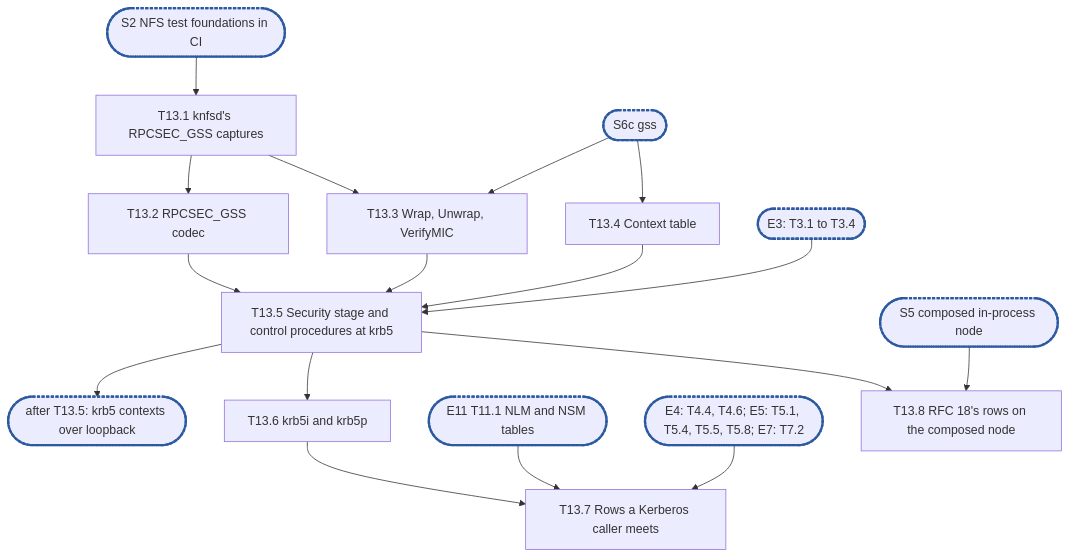
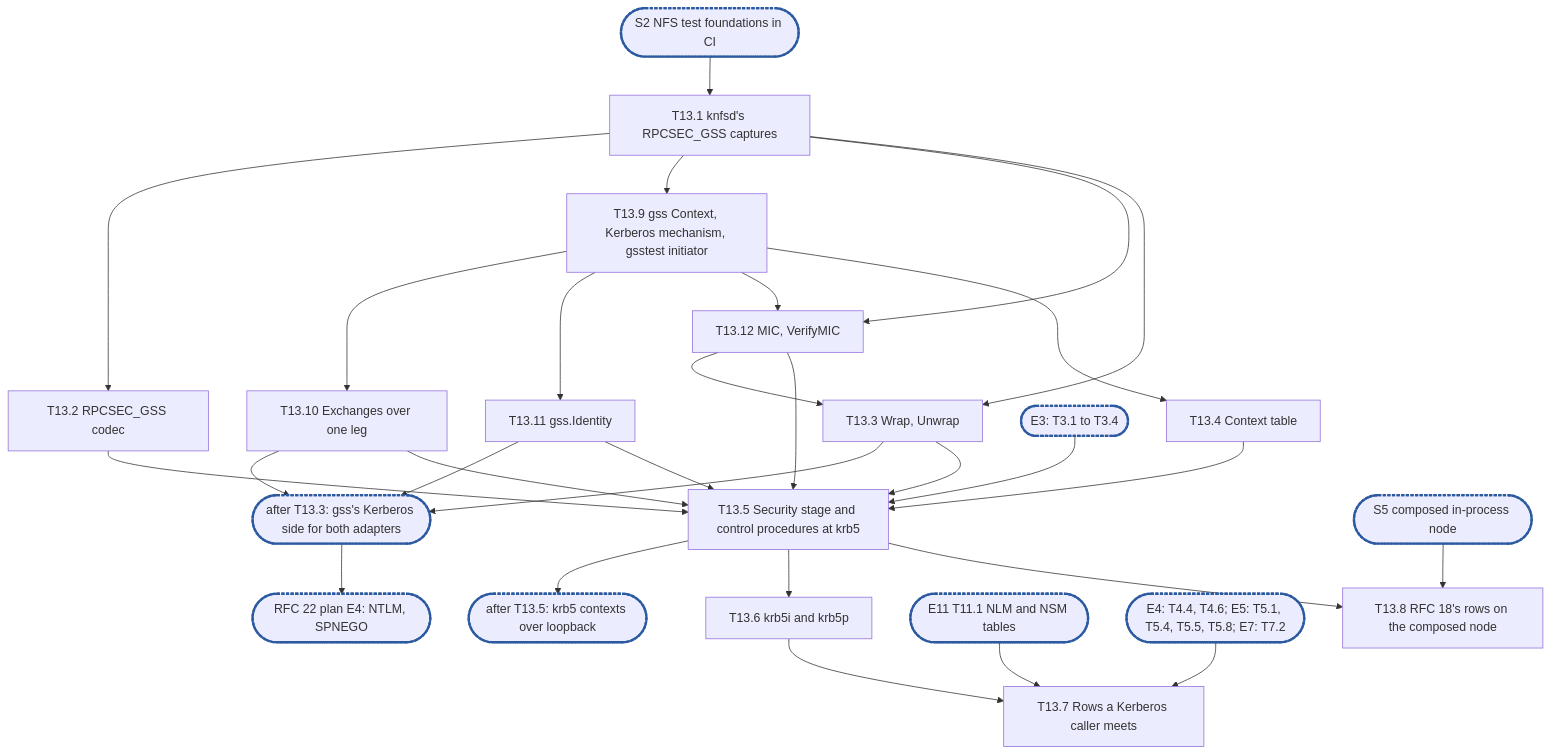
Before and after one commit to cubbit/dittofs: the diagram in .planning/rfc-21-nfs-epic13.md, drawn with Mermaid. The commit also changed other lines of this file and 3 other files, not shown here.

First line of the commit message:
docs(planning): build S6c, gss's Kerberos side, in RFC 21's epic 13

````diff
--- a/.planning/rfc-21-nfs-epic13.md
+++ b/.planning/rfc-21-nfs-epic13.md
@@ -795,18 +974,23 @@
 ```mermaid
 flowchart TD
   S2(["S2 NFS test foundations in CI"]):::sync --> T13_1["T13.1 knfsd's RPCSEC_GSS captures"]
   T13_1 --> T13_2["T13.2 RPCSEC_GSS codec"]
-  S6c(["S6c gss"]):::sync --> T13_3["T13.3 Wrap, Unwrap, VerifyMIC"]
-  T13_1 --> T13_3
-  S6c --> T13_4["T13.4 Context table"]
-  T13_2 & T13_3 & T13_4 --> T13_5["T13.5 Security stage and control procedures at krb5"]
+  T13_1 --> T13_9["T13.9 gss Context, Kerberos mechanism, gsstest initiator"]
+  T13_9 --> T13_10["T13.10 Exchanges over one leg"]
+  T13_9 --> T13_11["T13.11 gss.Identity"]
+  T13_1 & T13_9 --> T13_12["T13.12 MIC, VerifyMIC"]
+  T13_1 & T13_12 --> T13_3["T13.3 Wrap, Unwrap"]
+  T13_10 & T13_11 & T13_3 --> C0(["after T13.3: gss's Kerberos side for both adapters"]):::sync
+  C0 --> R22E4(["RFC 22 plan E4: NTLM, SPNEGO"]):::sync
+  T13_9 --> T13_4["T13.4 Context table"]
+  T13_2 & T13_10 & T13_11 & T13_12 & T13_3 & T13_4 --> T13_5["T13.5 Security stage and control procedures at krb5"]
   E3(["E3: T3.1 to T3.4"]):::sync --> T13_5
   T13_5 --> C1(["after T13.5: krb5 contexts over loopback"]):::sync
   T13_5 --> T13_6["T13.6 krb5i and krb5p"]
   T13_6 --> T13_7["T13.7 Rows a Kerberos caller meets"]
   E11(["E11 T11.1 NLM and NSM tables"]):::sync --> T13_7
   Eops(["E4: T4.4, T4.6; E5: T5.1, T5.4, T5.5, T5.8; E7: T7.2"]):::sync --> T13_7
   T13_5 --> T13_8["T13.8 RFC 18's rows on the composed node"]
   S5(["S5 composed in-process node"]):::sync --> T13_8
   classDef sync stroke:#2c5aa0,stroke-width:3px,stroke-dasharray:4 2
 ```
````
